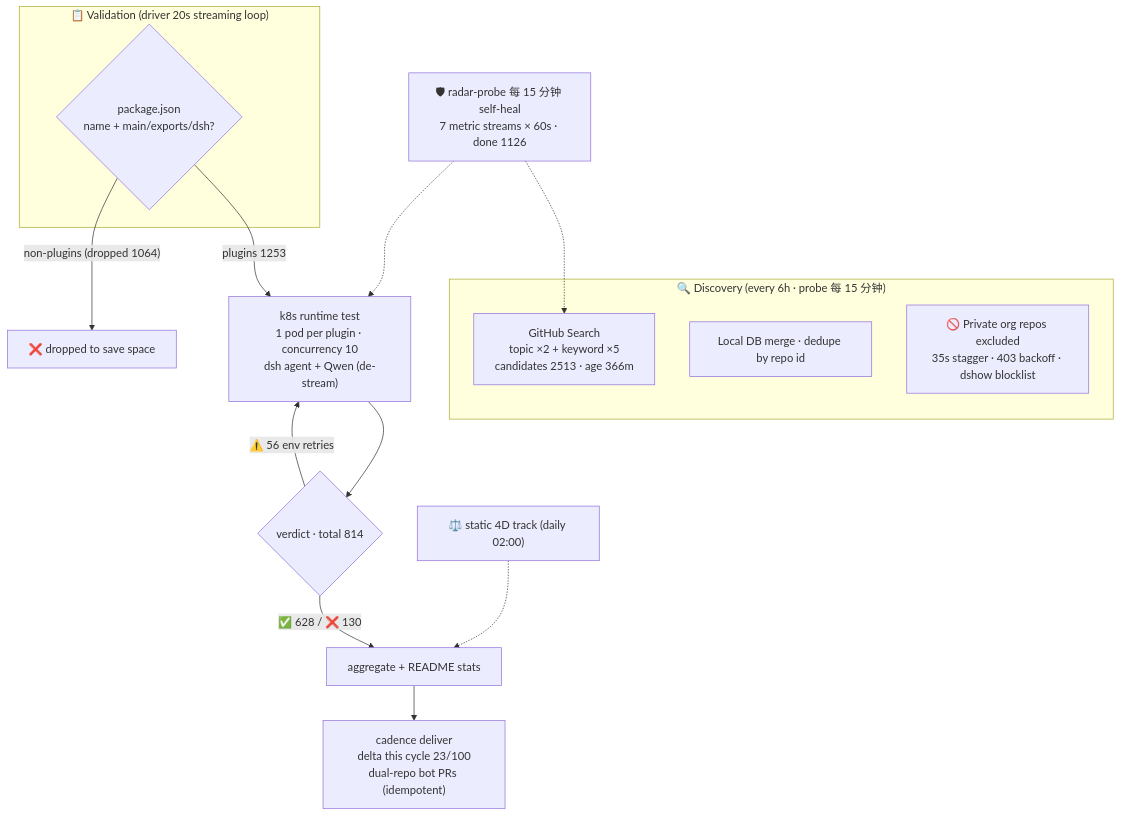
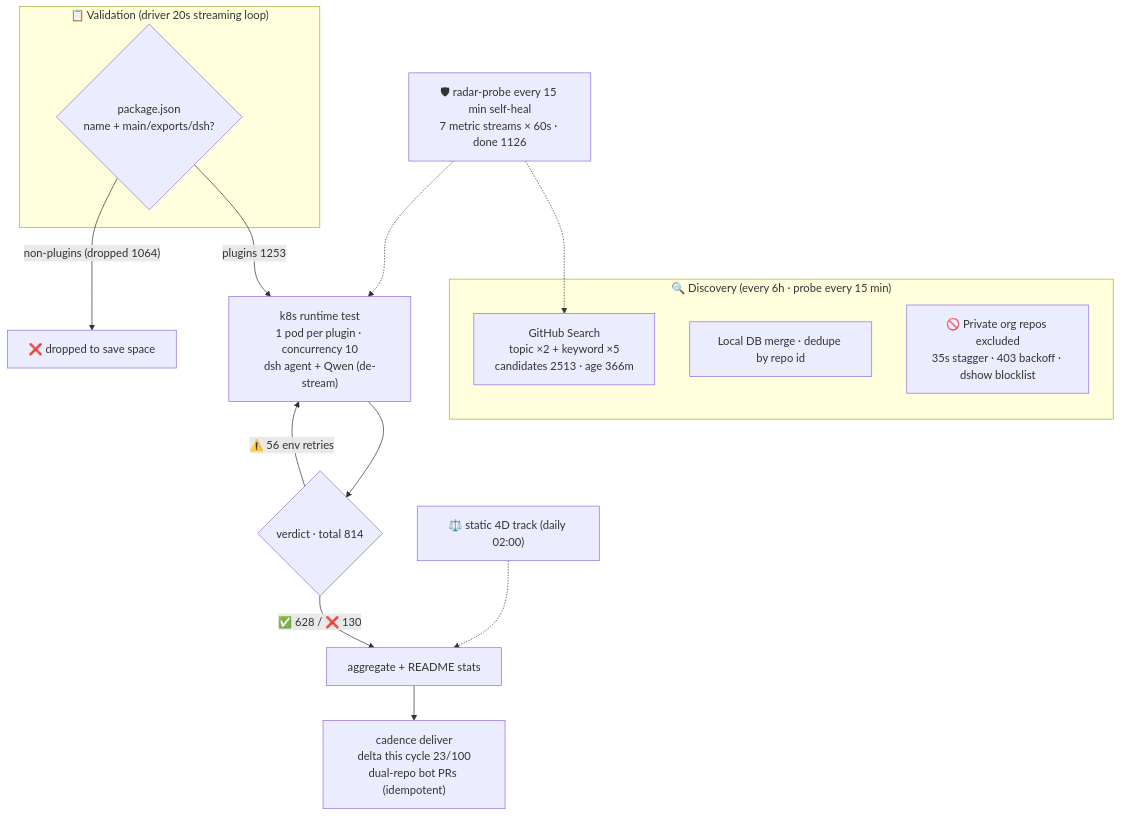
The diagram in README.en-US.md (AdamPlatin123/awesome-dsh-plugins), drawn with Mermaid before and after one commit. The commit also changed other lines of this file and 2 other files, not shown here.

Commit message:
feat: 架构图改回 mermaid 主显示（GitHub 原生矢量渲染、无 camo webp 转码与缓存延迟），SVG 降级为折叠兜底；渲染脚本围栏正则放宽兼容裸围栏（修复此前源码替换从未命中的隐患）、probe 按语言取值

````diff
--- a/README.en-US.md
+++ b/README.en-US.md
@@ -32,20 +27,20 @@
 ```mermaid
 flowchart TB
-    subgraph Discovery["🔍 Discovery (every 6h · probe 每 15 分钟)"]
+    subgraph Discovery["🔍 Discovery (every 6h · probe every 15 min)"]
         A1["GitHub Search<br/>topic ×2 + keyword ×5<br/>candidates 2513 · age 366m"]
         A2["Local DB merge · dedupe by repo id"]
         A3["🚫 Private org repos excluded<br/>35s stagger · 403 backoff · dshow blocklist"]
     end
     subgraph Validation["📋 Validation (driver 20s streaming loop)"]
         B1{"package.json<br/>name + main/exports/dsh?"}
     end
     B1 -->|"plugins 1253"| C1["k8s runtime test<br/>1 pod per plugin · concurrency 10<br/>dsh agent + Qwen (de-stream)"]
     B1 -->|"non-plugins (dropped 1064)"| B3["❌ dropped to save space"]
     C1 --> D1{"verdict · total 814"}
     D1 -->|"✅ 628 / ❌ 130"| E1["aggregate + README stats"]
     D1 -->|"⚠️ 56 env retries"| C1
     E1 --> E2["cadence deliver<br/>delta this cycle 23/100<br/>dual-repo bot PRs (idempotent)"]
     S["⚖️ static 4D track (daily 02:00)"] -.-> E1
-    M["🛡 radar-probe 每 15 分钟 self-heal<br/>7 metric streams × 60s · done 1126"] -.-> A1
+    M["🛡 radar-probe every 15 min self-heal<br/>7 metric streams × 60s · done 1126"] -.-> A1
     M -.-> C1
 ```
````
